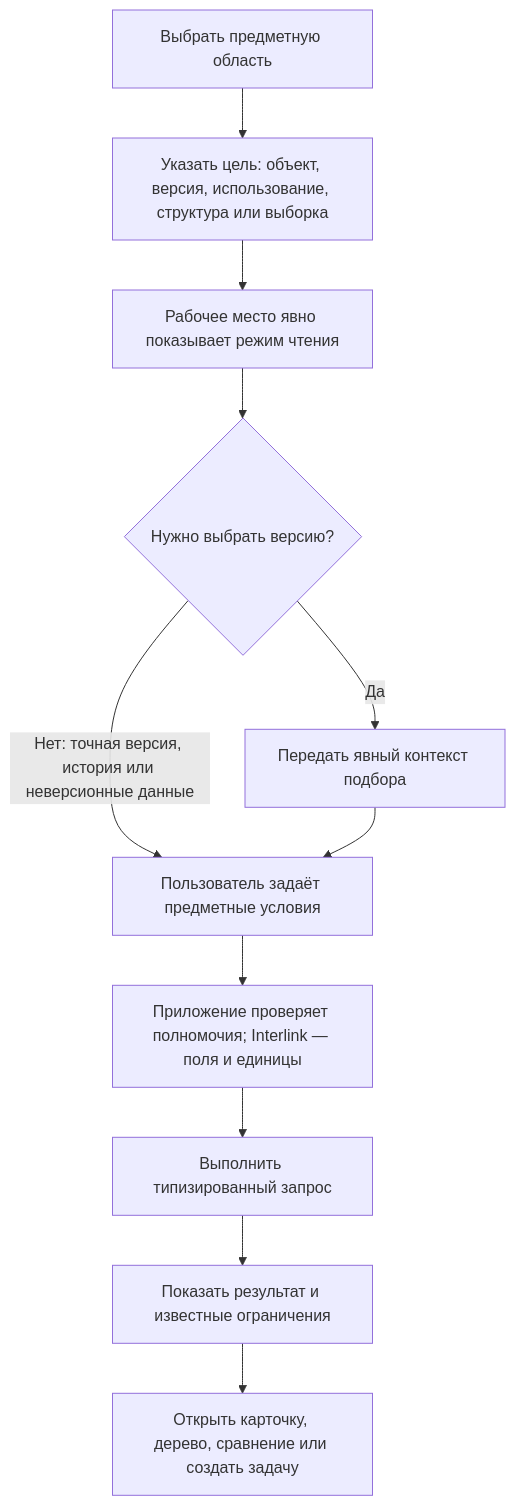
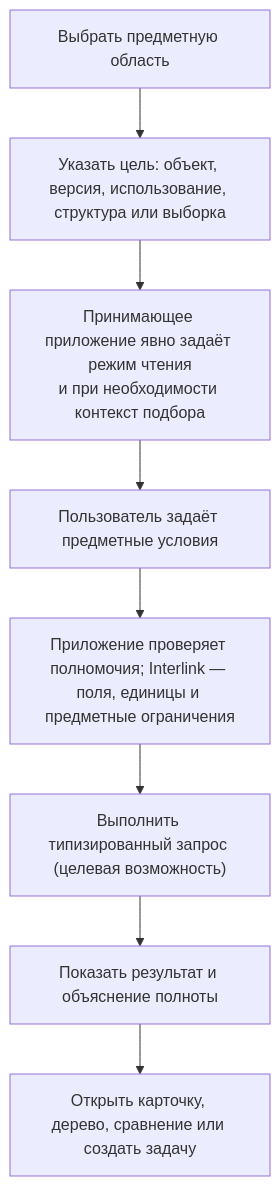
One commit to ZelAnton/Interlink-product-book changed the first of 2 diagrams in docs/data-structure/16-search-and-query-user-experience.md. Above: the diagram before and after it, drawn with Mermaid. The commit also changed other lines of this file and 231 other files, not shown here.

````diff
--- a/docs/data-structure/16-search-and-query-user-experience.md
+++ b/docs/data-structure/16-search-and-query-user-experience.md
@@ -43,13 +43,10 @@
 ```mermaid
 flowchart TD
     A["Выбрать предметную область"] --> B["Указать цель: объект, версия, использование, структура или выборка"]
-    B --> C["Рабочее место явно показывает режим чтения"]
-    C --> C1{"Нужно выбрать версию?"}
-    C1 -->|"Да"| C2["Передать явный контекст подбора"]
-    C1 -->|"Нет: точная версия, история или неверсионные данные"| D
-    C2 --> D
-    D["Пользователь задаёт предметные условия"] --> E["Приложение проверяет полномочия; Interlink — поля и единицы"]
-    E --> F["Выполнить типизированный запрос"]
-    F --> G["Показать результат и известные ограничения"]
+    B --> C["Принимающее приложение явно задаёт режим чтения<br/>и при необходимости контекст подбора"]
+    C --> D["Пользователь задаёт предметные условия"]
+    D --> E["Приложение проверяет полномочия; Interlink — поля, единицы и предметные ограничения"]
+    E --> F["Выполнить типизированный запрос (целевая возможность)"]
+    F --> G["Показать результат и объяснение полноты"]
     G --> H["Открыть карточку, дерево, сравнение или создать задачу"]
 ```
````
